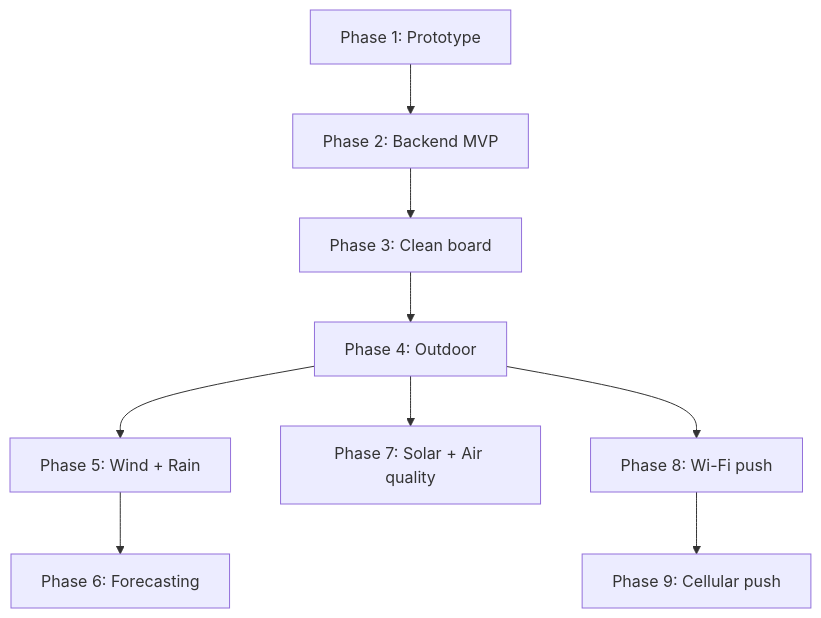
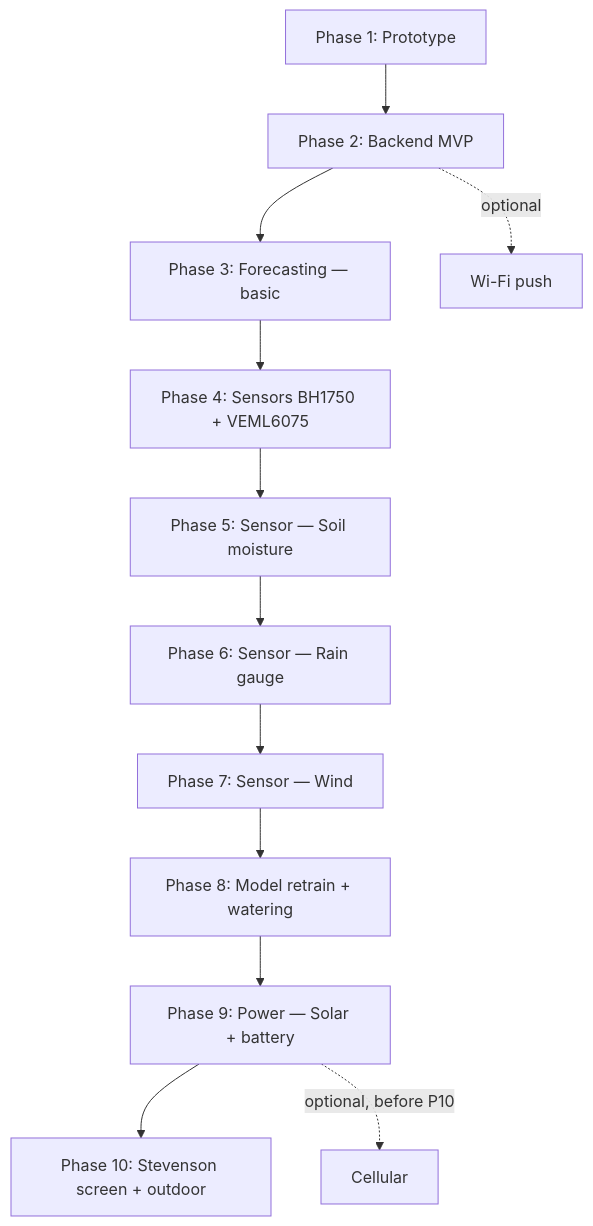
Before and after one commit to wg1d/personal-autonomous-weather-station: the diagram in README.md, drawn with Mermaid. The commit also changed other lines of this file and 1 other file, not shown here.

First line of the commit message:
docs(roadmap): restructure into 10-phase linear plan

````diff
--- a/README.md
+++ b/README.md
@@ -29,11 +32,14 @@
 ```mermaid
 flowchart TD
     P1[Phase 1: Prototype] --> P2[Phase 2: Backend MVP]
-    P2 --> P3[Phase 3: Clean board]
-    P3 --> P4[Phase 4: Outdoor]
-    P4 --> P5[Phase 5: Wind + Rain]
-    P5 --> P6[Phase 6: Forecasting]
-    P4 --> P7[Phase 7: Solar + Air quality]
-    P4 --> P8[Phase 8: Wi-Fi push]
-    P8 --> P9[Phase 9: Cellular push]
+    P2 --> P3[Phase 3: Forecasting — basic]
+    P3 --> P4[Phase 4: Sensors BH1750 + VEML6075]
+    P4 --> P5[Phase 5: Sensor — Soil moisture]
+    P5 --> P6[Phase 6: Sensor — Rain gauge]
+    P6 --> P7[Phase 7: Sensor — Wind]
+    P7 --> P8[Phase 8: Model retrain + watering]
+    P8 --> P9[Phase 9: Power — Solar + battery]
+    P9 --> P10[Phase 10: Stevenson screen + outdoor]
+    P2 -. optional .-> OWifi[Wi-Fi push]
+    P9 -. optional, before P10 .-> OCellular[Cellular]
 ```
````
